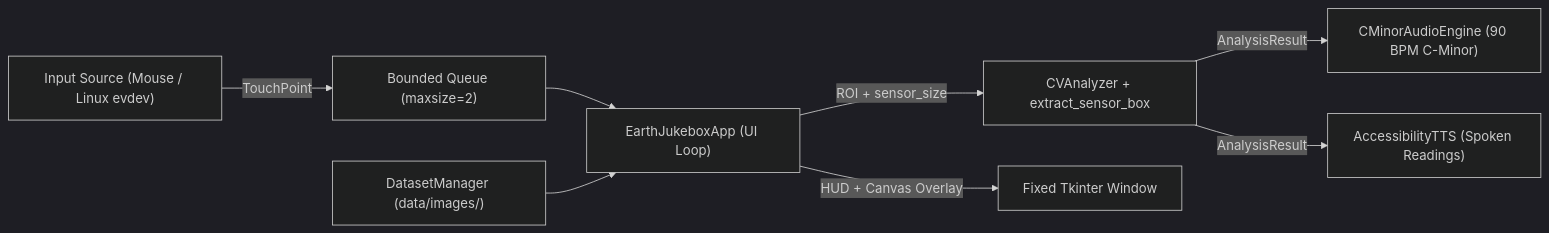
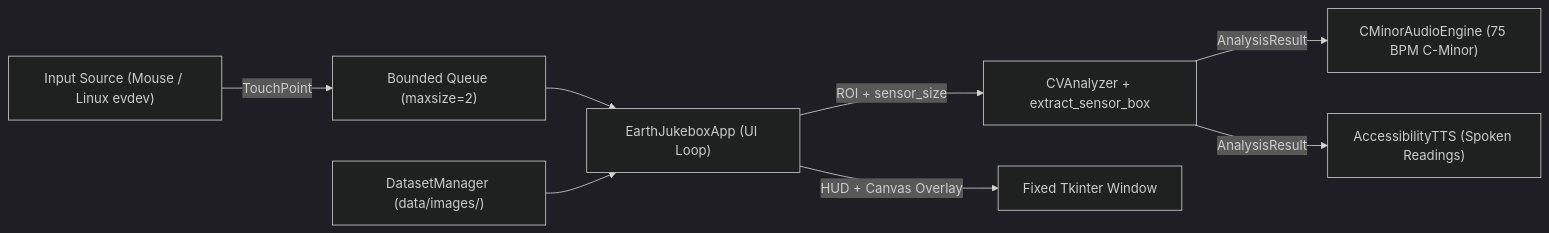
Before and after one commit to GitHappens-net/EarthJukebox: the diagram in docs/architecture.md, drawn with Mermaid (dark theme). The commit also changed other lines of this file and 3 other files, not shown here.

````diff
--- a/docs/architecture.md
+++ b/docs/architecture.md
@@ -84,10 +84,10 @@
 ```mermaid
 flowchart LR
     Input["Input Source (Mouse / Linux evdev)"] -->|TouchPoint| Queue["Bounded Queue (maxsize=2)"]
     Queue --> App["EarthJukeboxApp (UI Loop)"]
     Datasets["DatasetManager (data/images/)"] --> App
     App -->|ROI + sensor_size| Vision["CVAnalyzer + extract_sensor_box"]
-    Vision -->|AnalysisResult| Audio["CMinorAudioEngine (90 BPM C-Minor)"]
+    Vision -->|AnalysisResult| Audio["CMinorAudioEngine (75 BPM C-Minor)"]
     Vision -->|AnalysisResult| TTS["AccessibilityTTS (Spoken Readings)"]
     App -->|HUD + Canvas Overlay| Display["Fixed Tkinter Window"]
 ```
````
